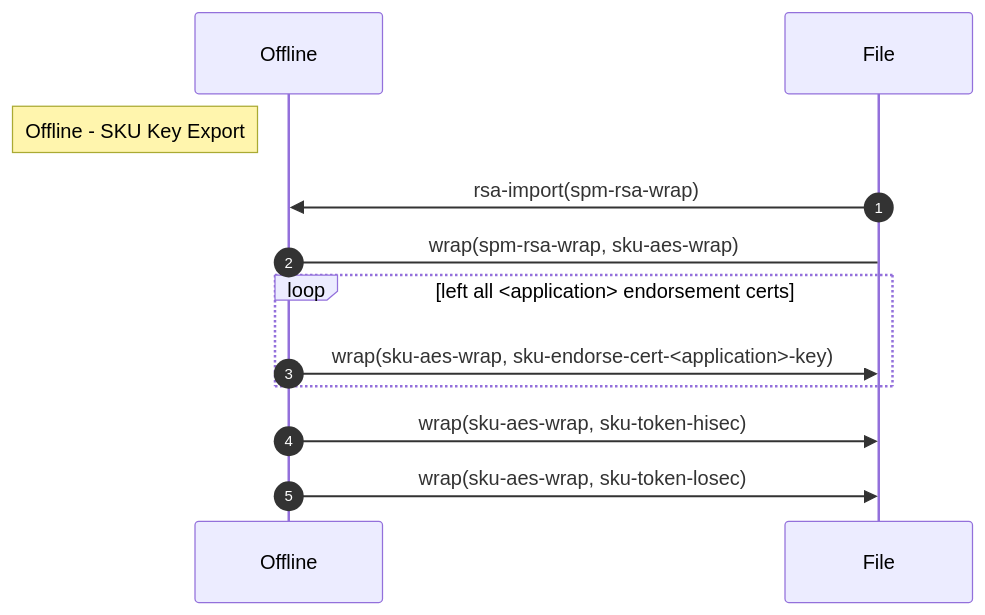
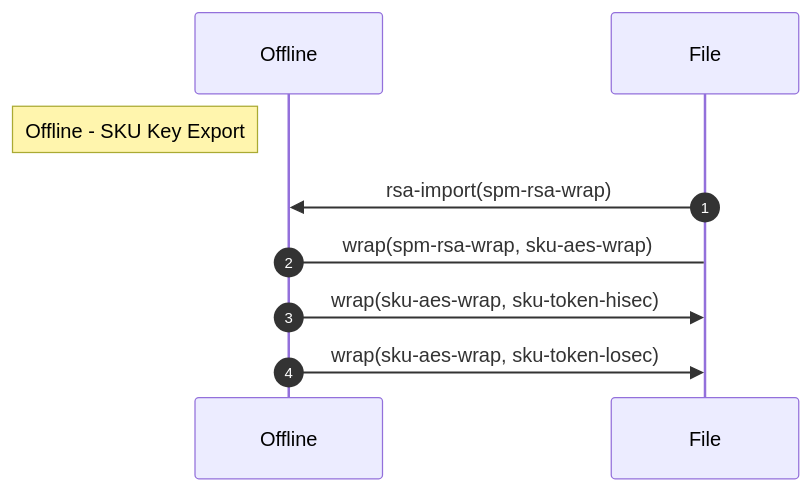
The fourth of 5 diagrams in docs/hsm.md (timothytrippel/opentitan-provisioning), drawn with Mermaid before and after one commit. The commit also changed other lines of this file and 2 other files, not shown here.

````diff
--- a/docs/hsm.md
+++ b/docs/hsm.md
@@ -188,17 +211,12 @@
 ```mermaid
 sequenceDiagram
     participant Offline
     participant File
     autonumber
 
     note left of Offline: Offline - SKU Key Export
     File->>Offline: rsa-import(spm-rsa-wrap)
     Offline->File: wrap(spm-rsa-wrap, sku-aes-wrap)
-
-    loop left all <application> endorsement certs
-        Offline->>File: wrap(sku-aes-wrap, sku-endorse-cert-<application>-key)
-    end
-
     Offline->>File: wrap(sku-aes-wrap, sku-token-hisec)
     Offline->>File: wrap(sku-aes-wrap, sku-token-losec)
 ```
````
